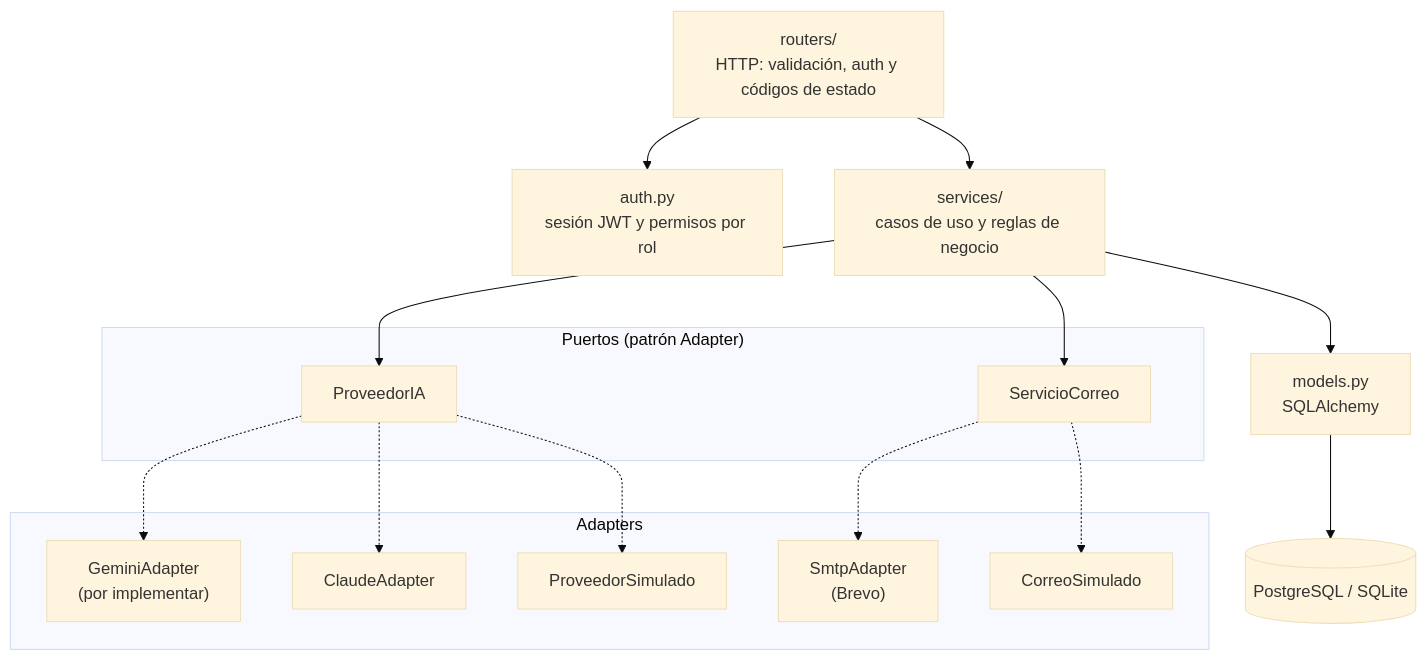
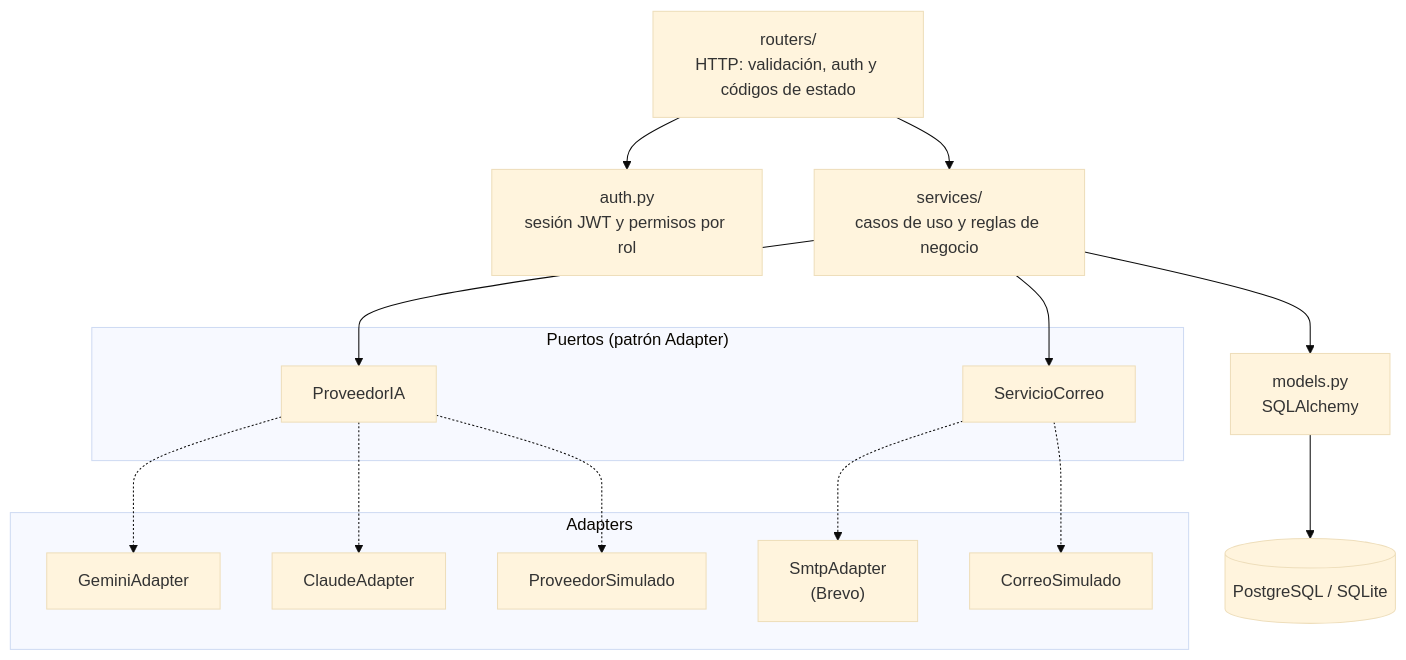
The second of 3 diagrams in README.md (scortes5/Backend-GPTI-G10), drawn with Mermaid (base theme) before and after one commit. The commit also changed other lines of this file and 3 other files, not shown here.

````diff
--- a/README.md
+++ b/README.md
@@ -79,29 +79,29 @@
 ```mermaid
 flowchart TB
     R["routers/<br/>HTTP: validación, auth y códigos de estado"]
     A["auth.py<br/>sesión JWT y permisos por rol"]
     S["services/<br/>casos de uso y reglas de negocio"]
     M["models.py<br/>SQLAlchemy"]
     DB[("PostgreSQL / SQLite")]
 
     subgraph Puertos["Puertos (patrón Adapter)"]
         PIA["ProveedorIA"]
         PCO["ServicioCorreo"]
     end
 
     subgraph Adapters
-        GEM["GeminiAdapter<br/>(por implementar)"]
+        GEM["GeminiAdapter"]
         CLA["ClaudeAdapter"]
         SIA["ProveedorSimulado"]
         SMTP["SmtpAdapter<br/>(Brevo)"]
         SCO["CorreoSimulado"]
     end
 
     R --> A
     R --> S
     S --> M --> DB
     S --> PIA
     S --> PCO
     PIA -.-> GEM & CLA & SIA
     PCO -.-> SMTP & SCO
 ```
````
